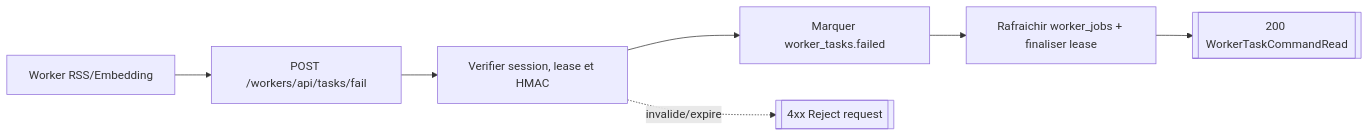
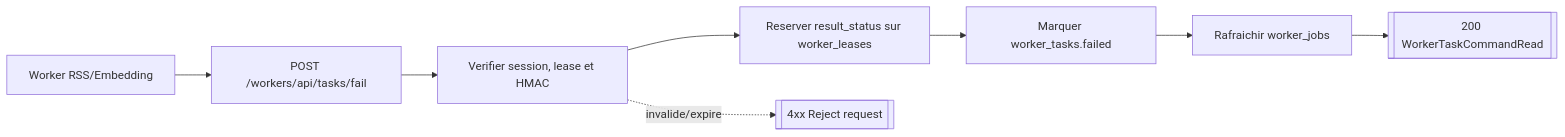
Before and after one commit to Manifeed/docs: the fourth of 8 diagrams in backend/routes/workers.md, drawn with Mermaid. The commit also changed other lines of this file and 4 other files, not shown here.

````diff
--- a/backend/routes/workers.md
+++ b/backend/routes/workers.md
@@ -129,9 +132,10 @@
 ```mermaid
 flowchart LR
     worker["Worker RSS/Embedding"] --> route["POST /workers/api/tasks/fail"]
     route --> verify["Verifier session, lease et HMAC"]
-    verify --> fail["Marquer worker_tasks.failed"]
-    fail --> refresh["Rafraichir worker_jobs + finaliser lease"]
+    verify --> reserve["Reserver result_status sur worker_leases"]
+    reserve --> fail["Marquer worker_tasks.failed"]
+    fail --> refresh["Rafraichir worker_jobs"]
     refresh --> response[["200 WorkerTaskCommandRead"]]
     verify -. invalide/expire .-> e4xx[["4xx Reject request"]]
 ```
````
